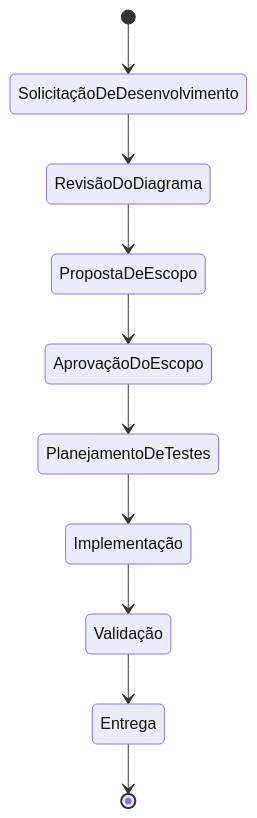
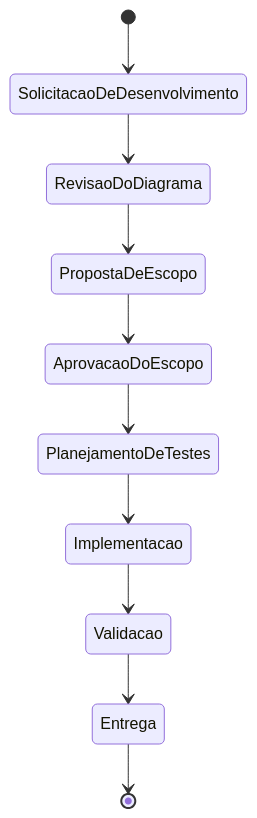
One commit to pedrolopesc/host-automated-testing-iot changed the first of 2 diagrams in architecture/DIAGRAM.md. Above: the diagram before and after it, drawn with Mermaid. The commit also changed other lines of this file and 1 other file, not shown here.

Commit message:
docs(architecture): atualizar diagrama e baseline técnica

````diff
--- a/architecture/DIAGRAM.md
+++ b/architecture/DIAGRAM.md
@@ -3,15 +10,15 @@
 ```mermaid
 stateDiagram-v2
-    [*] --> SolicitaçãoDeDesenvolvimento
+    [*] --> SolicitacaoDeDesenvolvimento
 
-    SolicitaçãoDeDesenvolvimento --> RevisãoDoDiagrama
-    RevisãoDoDiagrama --> PropostaDeEscopo
-    PropostaDeEscopo --> AprovaçãoDoEscopo
+    SolicitacaoDeDesenvolvimento --> RevisaoDoDiagrama
+    RevisaoDoDiagrama --> PropostaDeEscopo
+    PropostaDeEscopo --> AprovacaoDoEscopo
 
-    AprovaçãoDoEscopo --> PlanejamentoDeTestes
-    PlanejamentoDeTestes --> Implementação
-    Implementação --> Validação
-    Validação --> Entrega
+    AprovacaoDoEscopo --> PlanejamentoDeTestes
+    PlanejamentoDeTestes --> Implementacao
+    Implementacao --> Validacao
+    Validacao --> Entrega
 
     Entrega --> [*]
 ```
````
